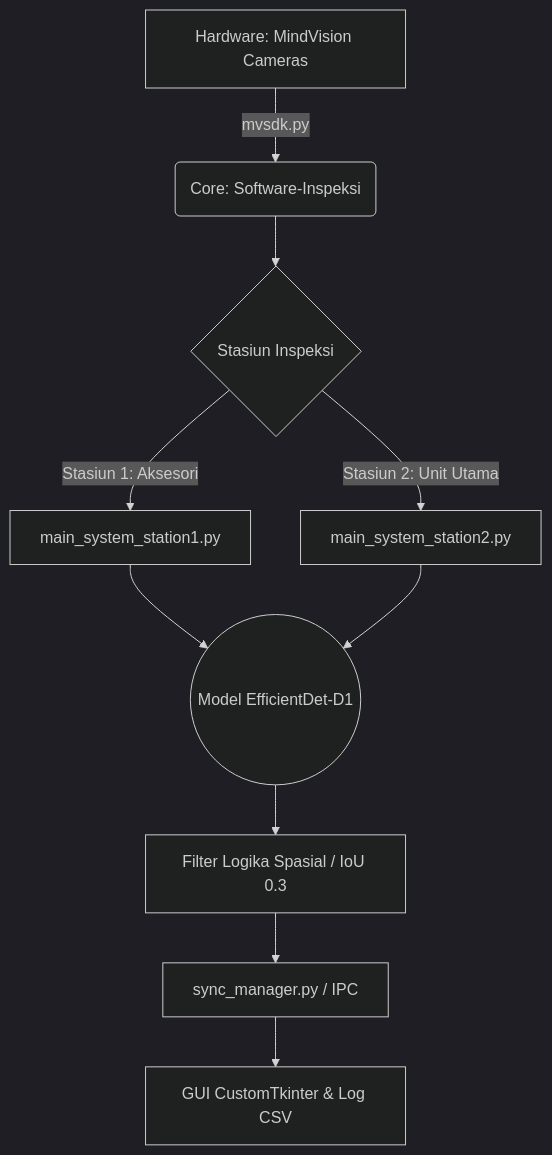
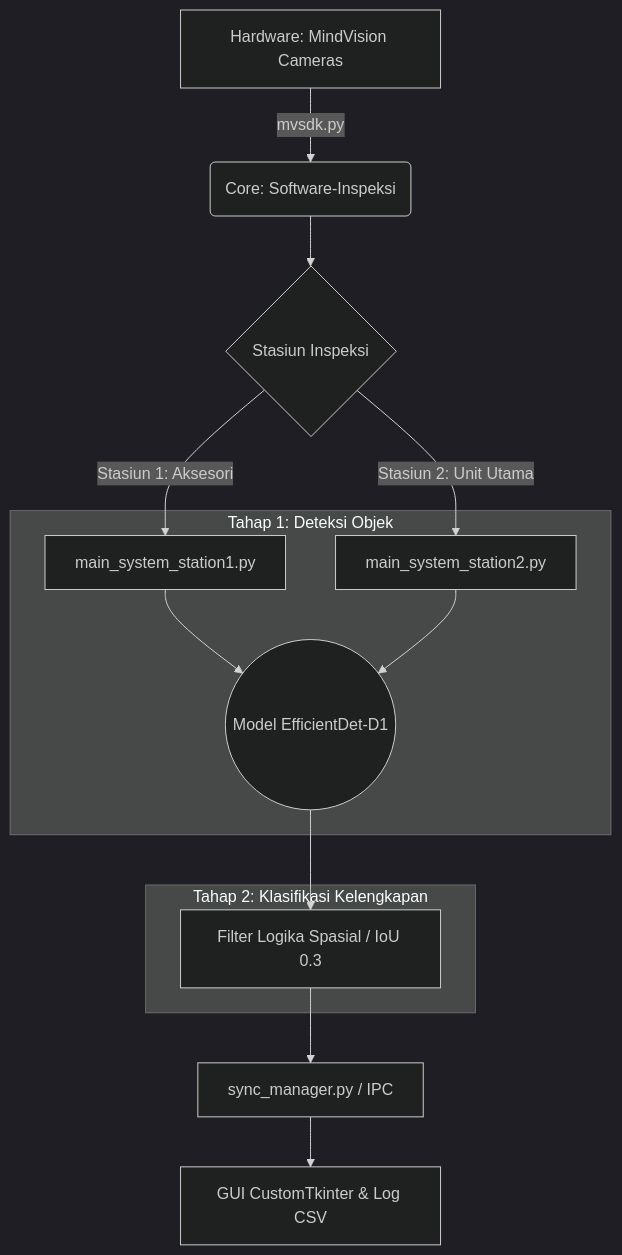
One commit to Juhenfw/EfficientDet-sistem-inspeksi-visual-otomatis-mvsdk changed the diagram in README.md. Above: the diagram before and after it, drawn with Mermaid (dark theme). The commit also changed other lines of this file and 3 other files, not shown here.

````diff
--- a/README.md
+++ b/README.md
@@ -32,11 +59,18 @@
 ```mermaid
 graph TD
     A[Hardware: MindVision Cameras] -->|mvsdk.py| B(Core: Software-Inspeksi)
     B --> C{Stasiun Inspeksi}
     C -->|Stasiun 1: Aksesori| D[main_system_station1.py]
     C -->|Stasiun 2: Unit Utama| E[main_system_station2.py]
+    
+    subgraph Tahap 1: Deteksi Objek
     D & E --> F((Model EfficientDet-D1))
+    end
+    
+    subgraph Tahap 2: Klasifikasi Kelengkapan
     F --> G[Filter Logika Spasial / IoU 0.3]
+    end
+    
     G --> H[sync_manager.py / IPC]
     H --> I[GUI CustomTkinter & Log CSV]
 ```
````
